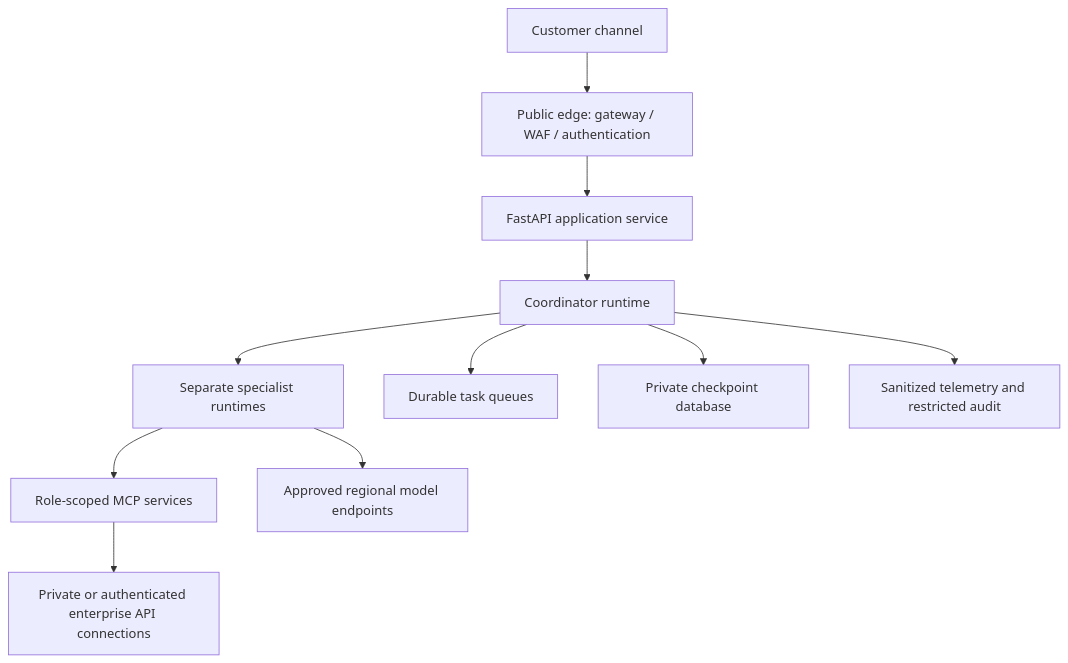
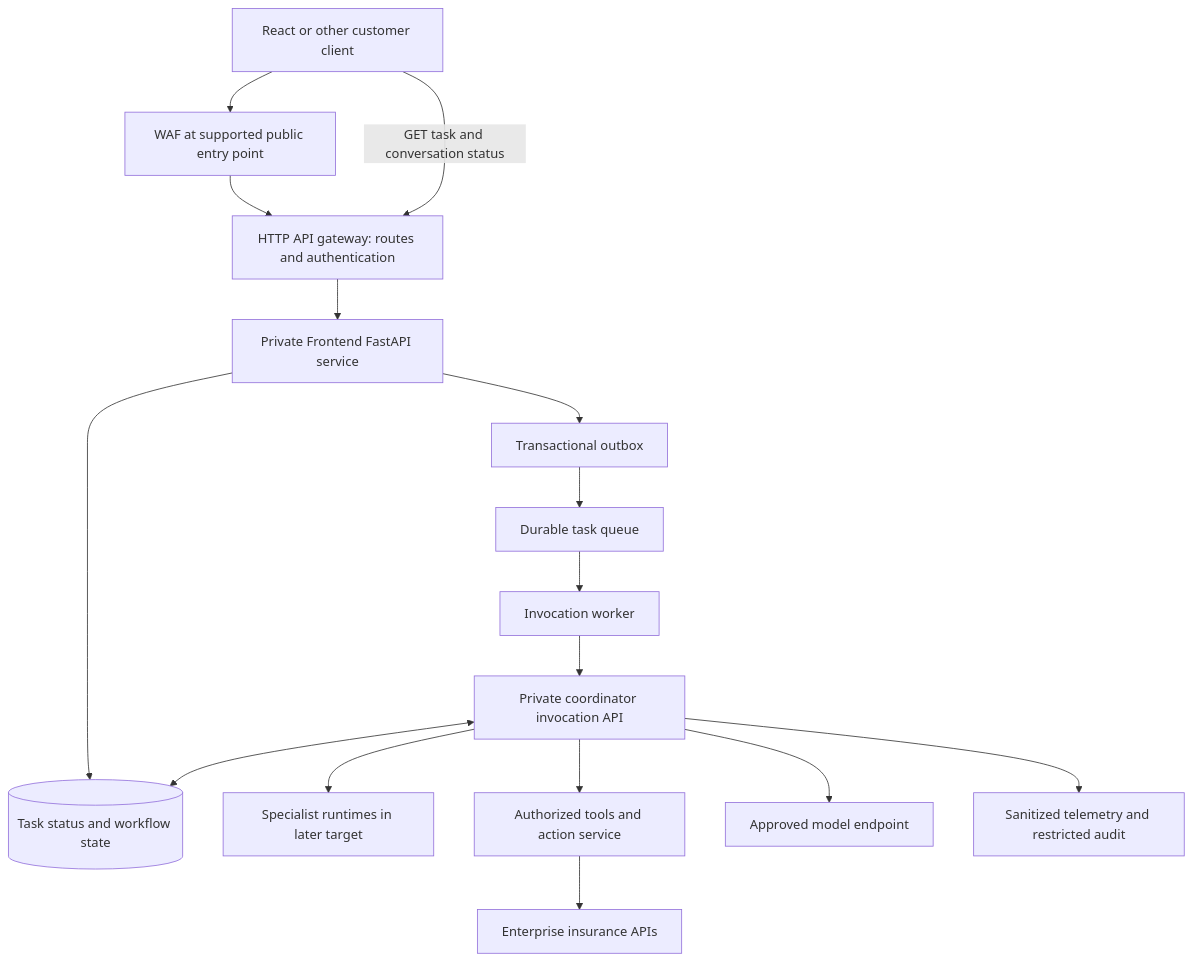
Before and after one commit to anil-avvaru-cool/insurance-agentic-ai-platform: the second of 5 diagrams in docs/DEPLOYMENT_TOPOLOGY.md, drawn with Mermaid. The commit also changed other lines of this file, not shown here.

Commit message:
Frontend sequence diagrams

````diff
--- a/docs/DEPLOYMENT_TOPOLOGY.md
+++ b/docs/DEPLOYMENT_TOPOLOGY.md
@@ -48,13 +54,18 @@
 ```mermaid
 flowchart TD
-    Channel[Customer channel] --> Edge[Public edge: gateway / WAF / authentication]
-    Edge --> API[FastAPI application service]
-    API --> Coordinator[Coordinator runtime]
-    Coordinator --> Agents[Separate specialist runtimes]
-    Coordinator --> Queue[Durable task queues]
-    Coordinator --> DB[Private checkpoint database]
-    Agents --> MCP[Role-scoped MCP services]
-    MCP --> Backend[Private or authenticated enterprise API connections]
-    Agents --> Model[Approved regional model endpoints]
+    Browser[React or other customer client] --> WAF[WAF at supported public entry point]
+    WAF --> Gateway[HTTP API gateway: routes and authentication]
+    Gateway --> API[Private Frontend FastAPI service]
+    API --> State[(Task status and workflow state)]
+    API --> Outbox[Transactional outbox]
+    Outbox --> Queue[Durable task queue]
+    Queue --> Worker[Invocation worker]
+    Worker --> Coordinator[Private coordinator invocation API]
+    Coordinator <--> State
+    Coordinator --> Agents[Specialist runtimes in later target]
+    Coordinator --> Tools[Authorized tools and action service]
+    Tools --> Backend[Enterprise insurance APIs]
+    Coordinator --> Model[Approved model endpoint]
     Coordinator --> Audit[Sanitized telemetry and restricted audit]
+    Browser -->|GET task and conversation status| Gateway
 ```
````
